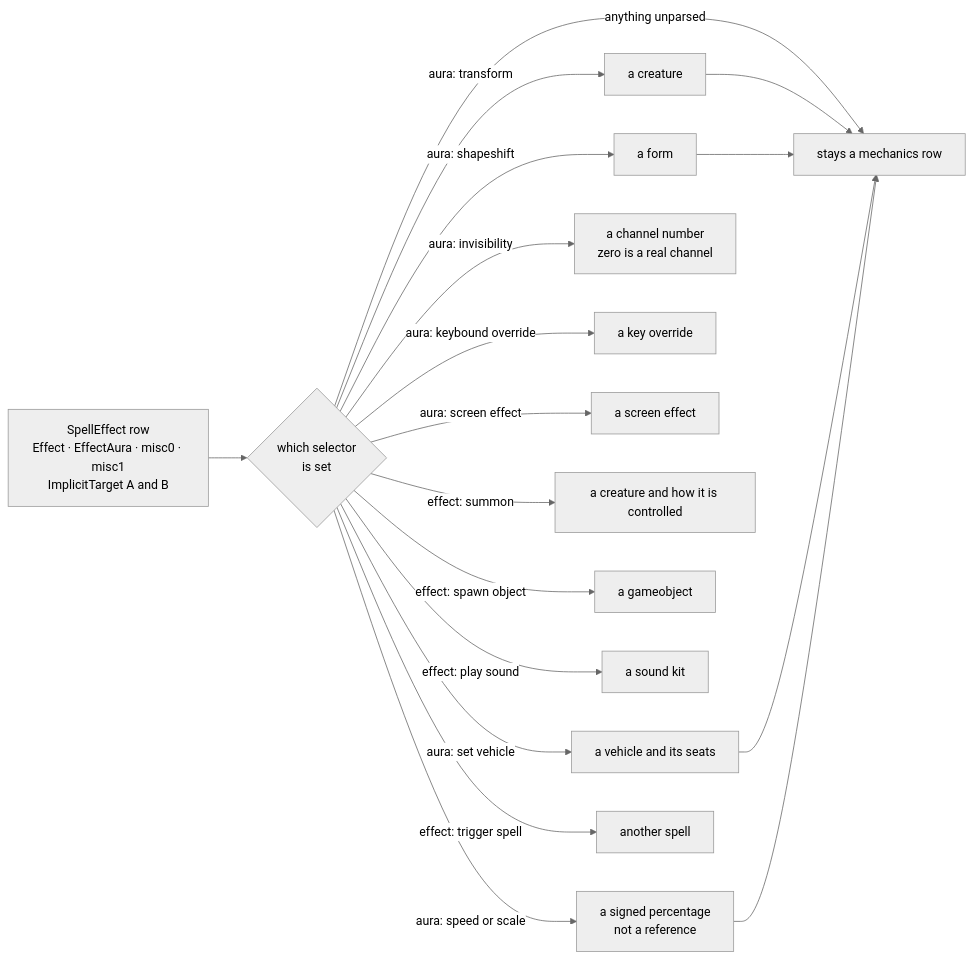
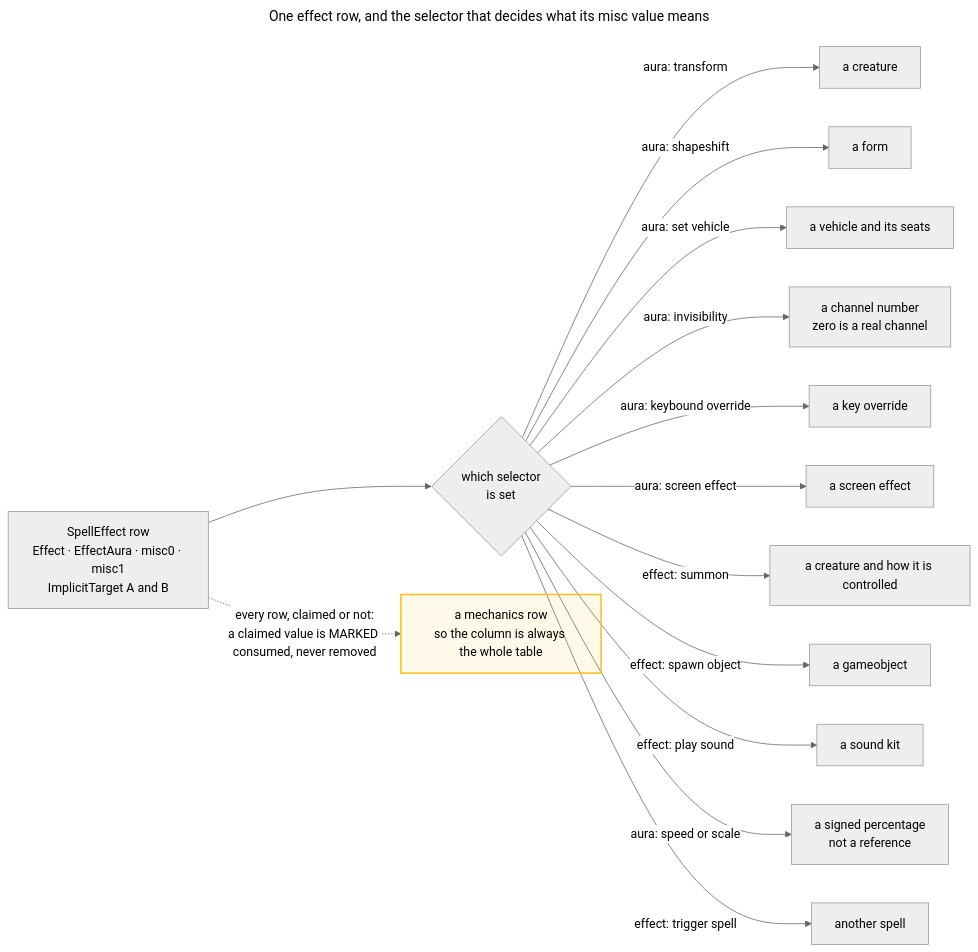
Before and after one commit to Natans8/Epsilook: the eighth of 9 diagrams in docs/DATA_ROUTES.md, drawn with Mermaid (neutral theme). The commit also changed other lines of this file and 2 other files, not shown here.

````diff
--- a/docs/DATA_ROUTES.md
+++ b/docs/DATA_ROUTES.md
@@ -386,21 +577,30 @@
 ```mermaid
+---
+title: One effect row, and the selector that decides what its misc value means
+---
 flowchart LR
+    accTitle: The effect selector dispatch
+    accDescr {
+      An effect row's Effect or EffectAura column selects what the misc value beside it
+      means. Whatever a selector claims, the row itself still becomes a mechanics row, with the
+      claimed value marked consumed rather than removed.
+    }
+
     SE["SpellEffect row<br/>Effect · EffectAura · misc0 · misc1<br/>ImplicitTarget A and B"]
     SE --> SEL{"which selector<br/>is set"}
     SEL -->|"aura: transform"| CRE["a creature"]
     SEL -->|"aura: shapeshift"| FRM["a form"]
     SEL -->|"aura: set vehicle"| VEH["a vehicle and its seats"]
     SEL -->|"aura: invisibility"| CHN["a channel number<br/>zero is a real channel"]
     SEL -->|"aura: keybound override"| KEY["a key override"]
     SEL -->|"aura: screen effect"| SCE["a screen effect"]
     SEL -->|"effect: summon"| SUM["a creature and how it is controlled"]
     SEL -->|"effect: spawn object"| OBJ["a gameobject"]
     SEL -->|"effect: play sound"| PSD["a sound kit"]
     SEL -->|"aura: speed or scale"| NUM["a signed percentage<br/>not a reference"]
     SEL -->|"effect: trigger spell"| LNK["another spell"]
-    SEL -->|"anything unparsed"| MEC["stays a mechanics row"]
-    CRE --> MEC
-    FRM --> MEC
-    VEH --> MEC
-    NUM --> MEC
+    SE -. "every row, claimed or not:<br/>a claimed value is MARKED consumed, never removed" .-> MEC["a mechanics row<br/>so the column is always the whole table"]
+
+    classDef always fill:#fbbf2418,stroke:#fbbf24,stroke-width:2px
+    class MEC always
 ```
````
